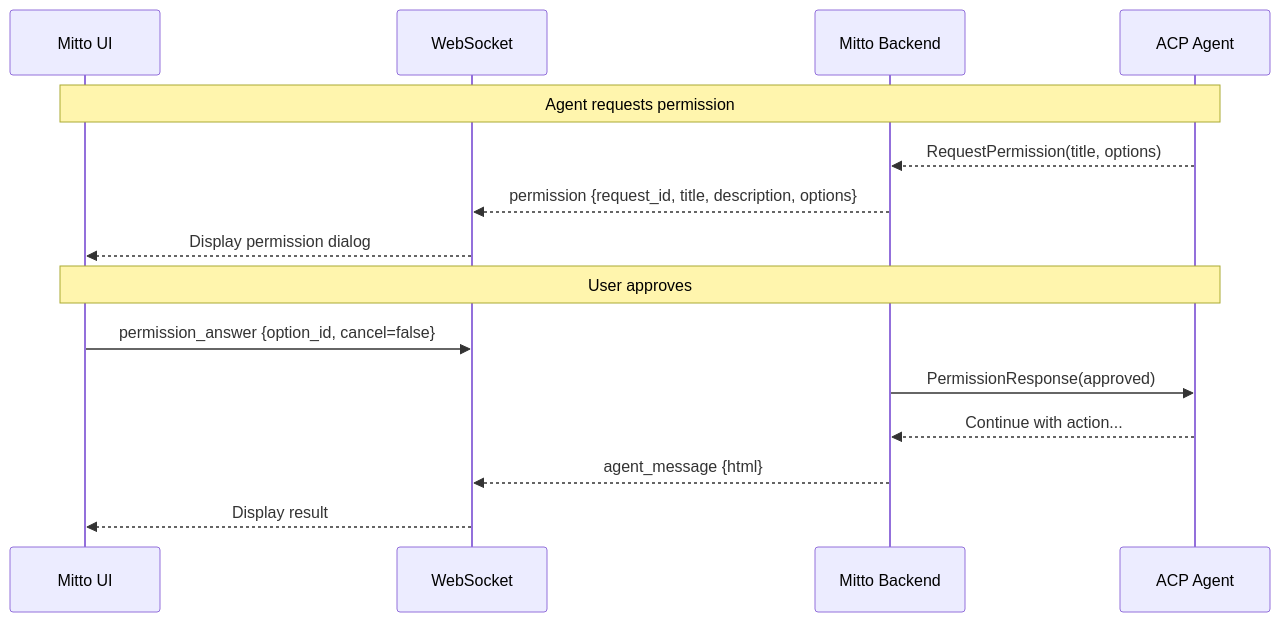
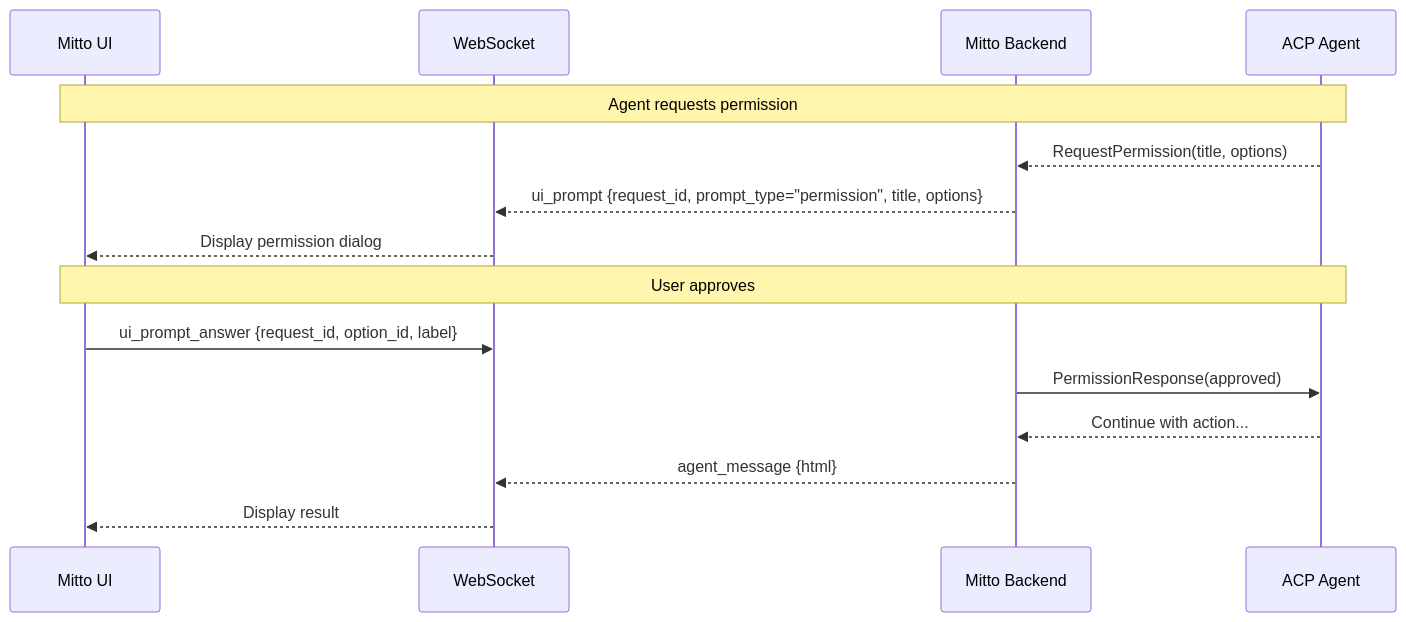
One commit to inercia/mitto changed the second of 14 diagrams in docs/devel/websockets/communication-flows.md. Above: the diagram before and after it, drawn with Mermaid. The commit also changed other lines of this file and 9 other files, not shown here.

````diff
--- a/docs/devel/websockets/communication-flows.md
+++ b/docs/devel/websockets/communication-flows.md
@@ -75,19 +76,19 @@
 ```mermaid
 sequenceDiagram
     participant UI as Mitto UI
     participant WS as WebSocket
     participant Backend as Mitto Backend
     participant ACP as ACP Agent
 
     Note over UI,ACP: Agent requests permission
     ACP-->>Backend: RequestPermission(title, options)
-    Backend-->>WS: permission {request_id, title, description, options}
+    Backend-->>WS: ui_prompt {request_id, prompt_type="permission", title, options}
     WS-->>UI: Display permission dialog
 
     Note over UI,ACP: User approves
-    UI->>WS: permission_answer {option_id, cancel=false}
+    UI->>WS: ui_prompt_answer {request_id, option_id, label}
     Backend->>ACP: PermissionResponse(approved)
     ACP-->>Backend: Continue with action...
     Backend-->>WS: agent_message {html}
     WS-->>UI: Display result
 ```
````
